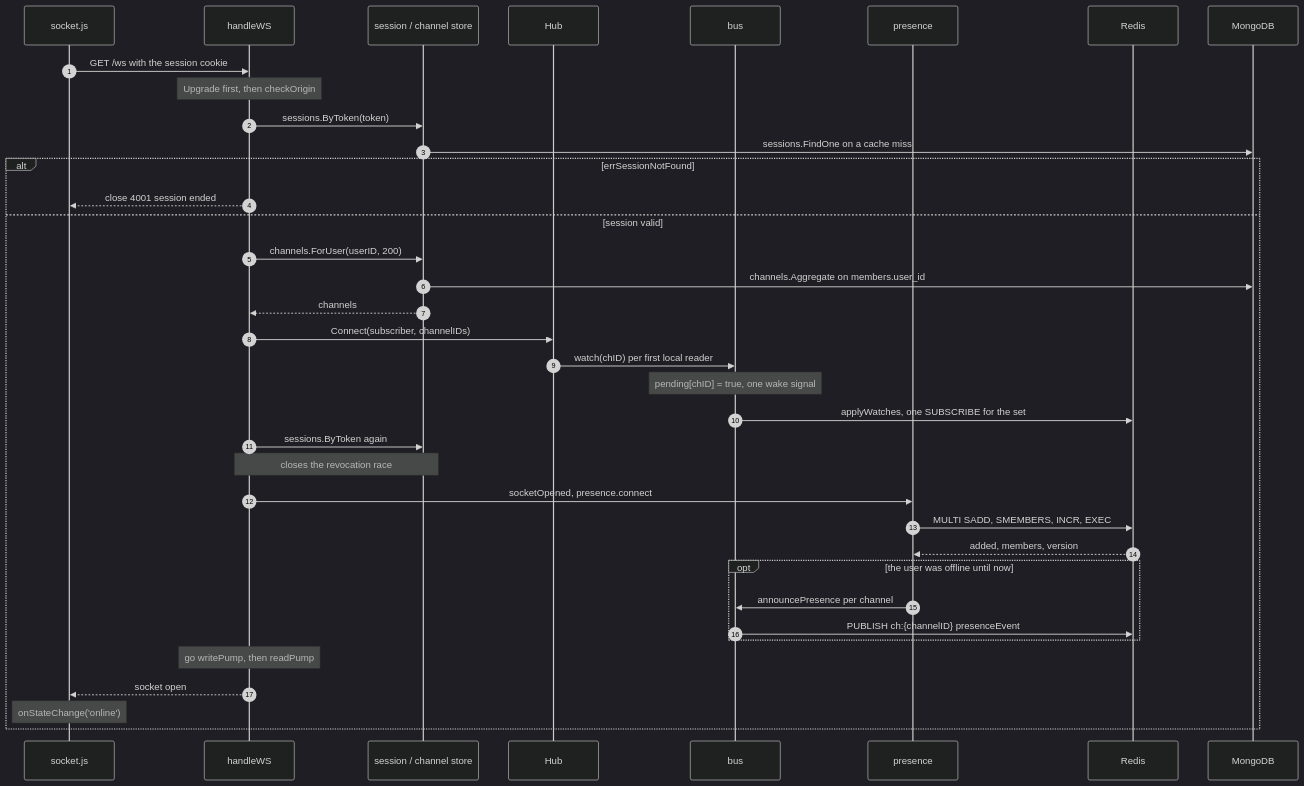
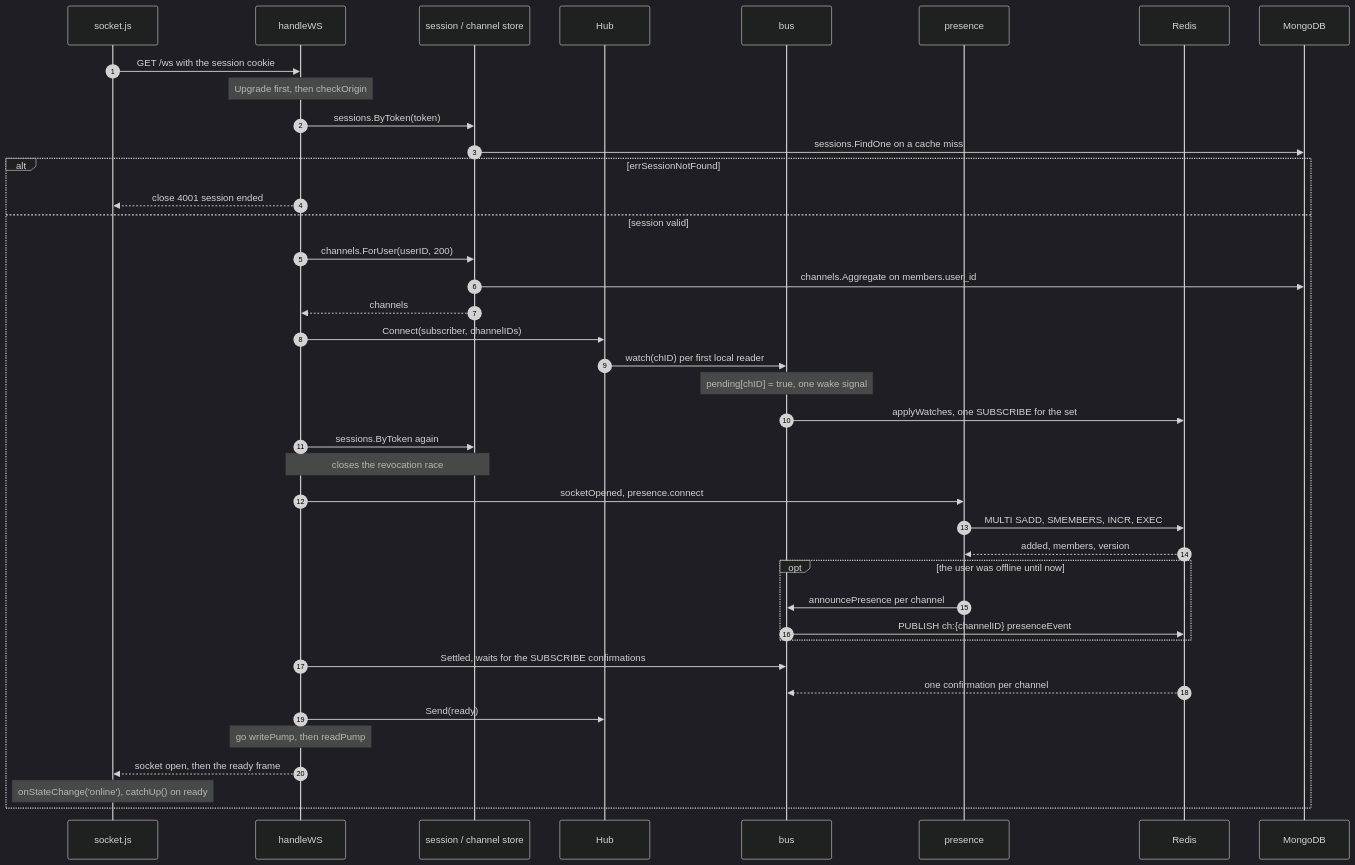
Before and after one commit to hdmtrn/nosql-messenger: the seventh of 13 diagrams in docs/diagrams/README.md, drawn with Mermaid (dark theme). The commit also changed other lines of this file and 15 other files, not shown here.

````diff
--- a/docs/diagrams/README.md
+++ b/docs/diagrams/README.md
@@ -930,43 +931,46 @@
 ```mermaid
 %% WebSocket connect. See README for the notes referenced by step number.
 %% Sources: web/src/socket.js, server/ws.go, server/hub.go, server/bus.go,
 %% server/presence.go, server/channels.go, server/sessions.go
 sequenceDiagram
   autonumber
   participant C as socket.js
   participant WS as handleWS
   participant ST as session / channel store
   participant HUB as Hub
   participant BUS as bus
   participant P as presence
   participant R as Redis
   participant M as MongoDB
 
   C->>WS: GET /ws with the session cookie
   Note over WS: Upgrade first, then checkOrigin
   WS->>ST: sessions.ByToken(token)
   ST->>M: sessions.FindOne on a cache miss
   alt errSessionNotFound
     WS-->>C: close 4001 session ended
   else session valid
     WS->>ST: channels.ForUser(userID, 200)
     ST->>M: channels.Aggregate on members.user_id
     ST-->>WS: channels
     WS->>HUB: Connect(subscriber, channelIDs)
     HUB->>BUS: watch(chID) per first local reader
     Note over BUS: pending[chID] = true, one wake signal
     BUS->>R: applyWatches, one SUBSCRIBE for the set
     WS->>ST: sessions.ByToken again
     Note over WS,ST: closes the revocation race
     WS->>P: socketOpened, presence.connect
     P->>R: MULTI SADD, SMEMBERS, INCR, EXEC
     R-->>P: added, members, version
     opt the user was offline until now
       P->>BUS: announcePresence per channel
       BUS->>R: PUBLISH ch:{channelID} presenceEvent
     end
+    WS->>BUS: Settled, waits for the SUBSCRIBE confirmations
+    R-->>BUS: one confirmation per channel
+    WS->>HUB: Send(ready)
     Note over WS: go writePump, then readPump
-    WS-->>C: socket open
-    Note over C: onStateChange('online')
+    WS-->>C: socket open, then the ready frame
+    Note over C: onStateChange('online'), catchUp() on ready
   end
 ```
````
